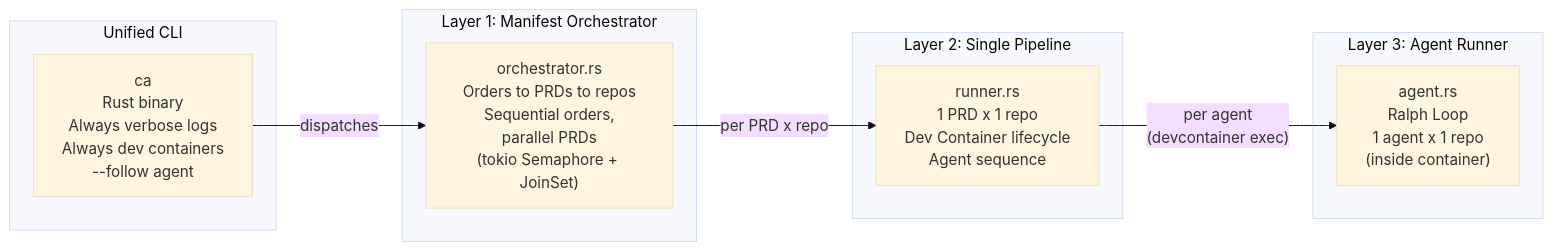
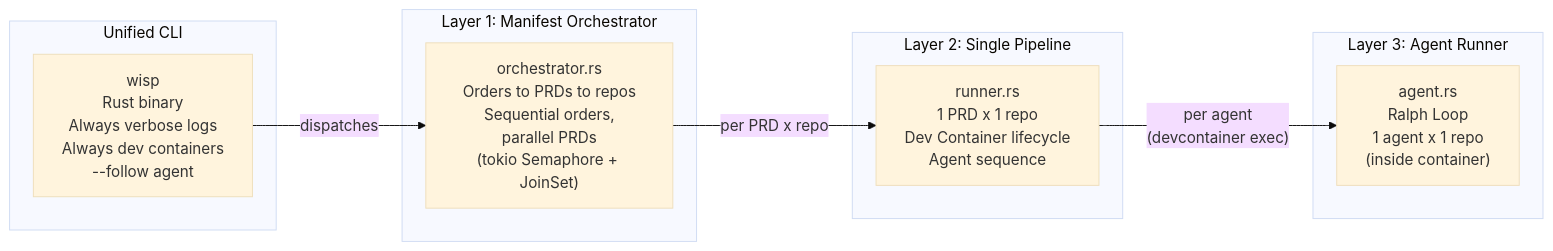
One commit to delehner/wisp changed the third of 8 diagrams in docs/pipeline-overview.md. Above: the diagram before and after it, drawn with Mermaid (base theme). The commit also changed other lines of this file and 16 other files, not shown here.

````diff
--- a/docs/pipeline-overview.md
+++ b/docs/pipeline-overview.md
@@ -71,22 +71,22 @@
 ```mermaid
 flowchart LR
     subgraph Layer0["Unified CLI"]
-        CA["ca\nRust binary\nAlways verbose logs\nAlways dev containers\n--follow agent"]
+        WISP["wisp\nRust binary\nAlways verbose logs\nAlways dev containers\n--follow agent"]
     end
 
     subgraph Layer1["Layer 1: Manifest Orchestrator"]
         Orch["orchestrator.rs\nOrders to PRDs to repos\nSequential orders,\nparallel PRDs\n(tokio Semaphore + JoinSet)"]
     end
 
     subgraph Layer2["Layer 2: Single Pipeline"]
         Run["runner.rs\n1 PRD x 1 repo\nDev Container lifecycle\nAgent sequence"]
     end
 
     subgraph Layer3["Layer 3: Agent Runner"]
         Agent["agent.rs\nRalph Loop\n1 agent x 1 repo\n(inside container)"]
     end
 
-    CA -->|dispatches| Orch
+    WISP -->|dispatches| Orch
     Orch -->|"per PRD x repo"| Run
     Run -->|"per agent\n(devcontainer exec)"| Agent
 ```
````
